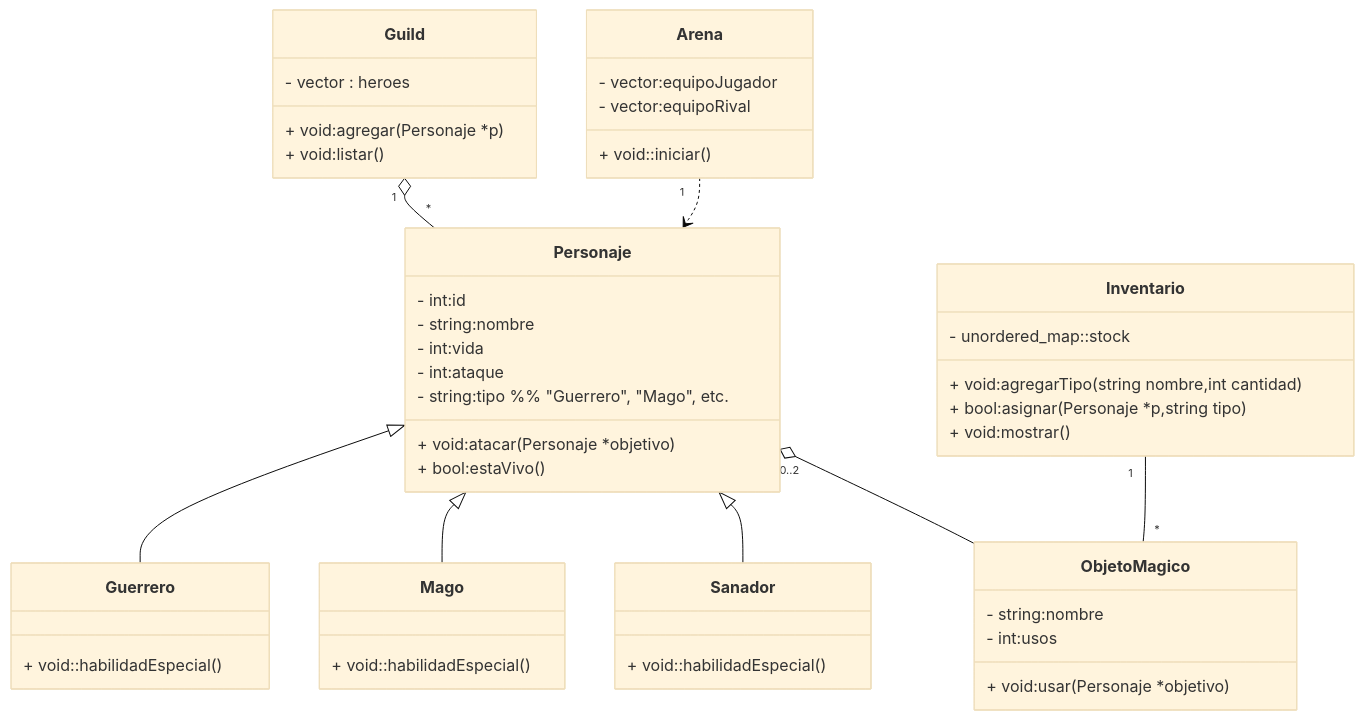
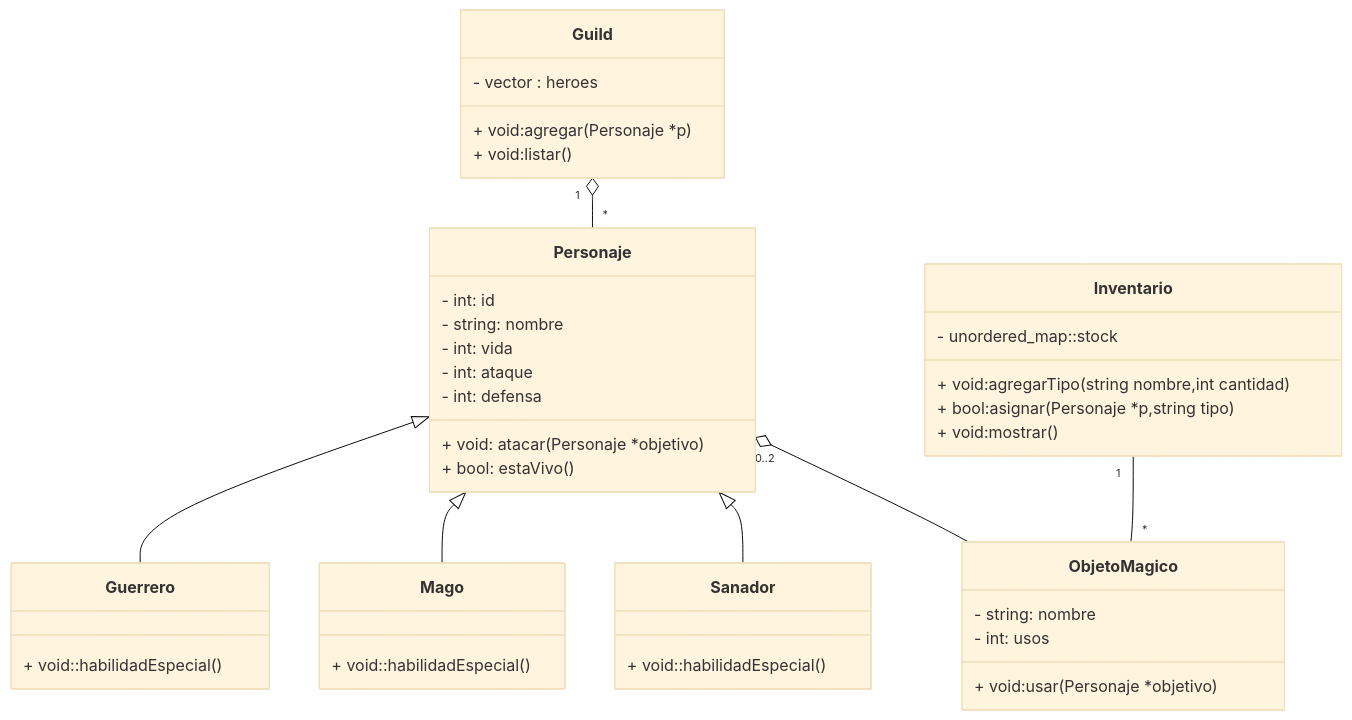
The first of 3 diagrams in README.md (300CIS017-Object-Oriented-Programming/proyectofinal20252-el-gran-torneo-de-la-arena-proyecto_manuelr_lupim), drawn with Mermaid (base theme) before and after one commit. The commit also changed other lines of this file, not shown here.

````diff
--- a/README.md
+++ b/README.md
@@ -159,67 +159,61 @@
 ```mermaid
 
 classDiagram
 
     %% ----------- Clase base -----------
     class Personaje {
-        - int:id
-        - string:nombre
-        - int:vida
-        - int:ataque
-        - string:tipo   %% "Guerrero", "Mago", etc.
-        + void:atacar(Personaje *objetivo)
-        + bool:estaVivo()
+        - int: id
+        - string: nombre
+        - int: vida
+        - int: ataque
+        - int: defensa
+        
+        + void: atacar(Personaje *objetivo)
+        + bool: estaVivo()
     }
 
     %% ----------- Herencia simple -----------
     Personaje <|-- Guerrero
     Personaje <|-- Mago
     Personaje <|-- Sanador
 
     class Guerrero {
         + void::habilidadEspecial()
     }
 
     class Mago {
         + void::habilidadEspecial()
     }
 
     class Sanador {
         + void::habilidadEspecial()
     }
 
     %% ----------- Objeto Magico -----------
     class ObjetoMagico {
-        - string:nombre
-        - int:usos
+        - string: nombre
+        - int: usos
         + void:usar(Personaje *objetivo)
     }
 
     %% ----------- Inventario Global -----------
     class Inventario {
         - unordered_map<string,int>::stock
         + void:agregarTipo(string nombre,int cantidad)
         + bool:asignar(Personaje *p,string tipo)
         + void:mostrar()
     }
 
     %% ----------- Guild del jugador -----------
     class Guild {
         - vector<Personaje*> : heroes
         + void:agregar(Personaje *p)
         + void:listar()
     }
 
-    %% ----------- Arena (Combate) -----------
-    class Arena {
-        - vector<Personaje*>:equipoJugador
-        - vector<Personaje*>:equipoRival
-        + void::iniciar()
-    }
-
     %% ----------- Relaciones -----------
     Guild "1" o -- "*" Personaje
     Inventario "1" -- "*" ObjetoMagico
     Personaje "0..2" o-- ObjetoMagico
-    Arena "1" ..> Personaje
+
 ```
````
